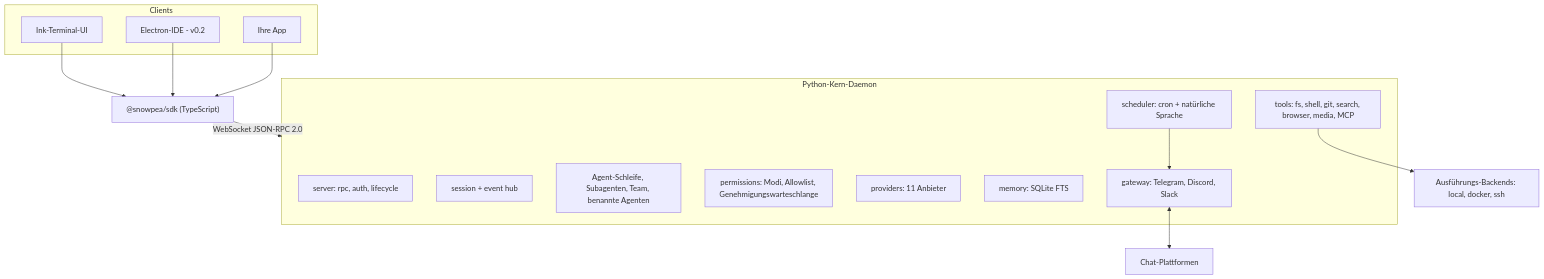
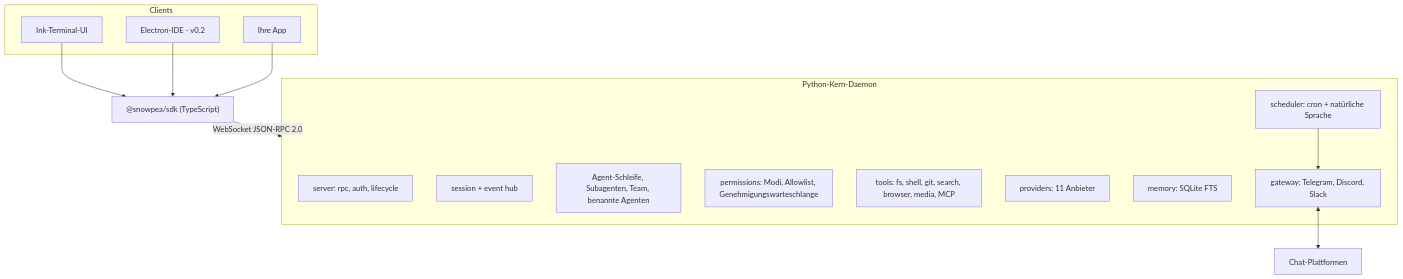
One commit to Wafour-Developer/snowpea-agent changed the diagram in README.de.md. Above: the diagram before and after it, drawn with Mermaid. The commit also changed other lines of this file and 69 other files, not shown here.

First line of the commit message:
feat(core)!: remove the docker/ssh tool backends, add daemon --host (protocol 1.39.0)

````diff
--- a/README.de.md
+++ b/README.de.md
@@ -77,29 +76,28 @@
 ```mermaid
 flowchart TB
     subgraph clients[Clients]
         TUI[Ink-Terminal-UI]
         IDE[Electron-IDE - v0.2]
         APP[Ihre App]
     end
     SDK["@snowpea/sdk (TypeScript)"]
     TUI --> SDK
     IDE --> SDK
     APP --> SDK
     SDK -->|"WebSocket JSON-RPC 2.0"| CORE
 
     subgraph CORE[Python-Kern-Daemon]
         SRV[server: rpc, auth, lifecycle]
         SES[session + event hub]
         AGT[Agent-Schleife, Subagenten, Team, benannte Agenten]
         PRM[permissions: Modi, Allowlist, Genehmigungswarteschlange]
         TOOL[tools: fs, shell, git, search, browser, media, MCP]
         PROV[providers: 11 Anbieter]
         MEM[memory: SQLite FTS]
         SCH[scheduler: cron + natürliche Sprache]
         GW[gateway: Telegram, Discord, Slack]
     end
 
-    TOOL --> EXEC[Ausführungs-Backends: local, docker, ssh]
     GW <--> CHAT[Chat-Plattformen]
     SCH --> GW
 ```
````
